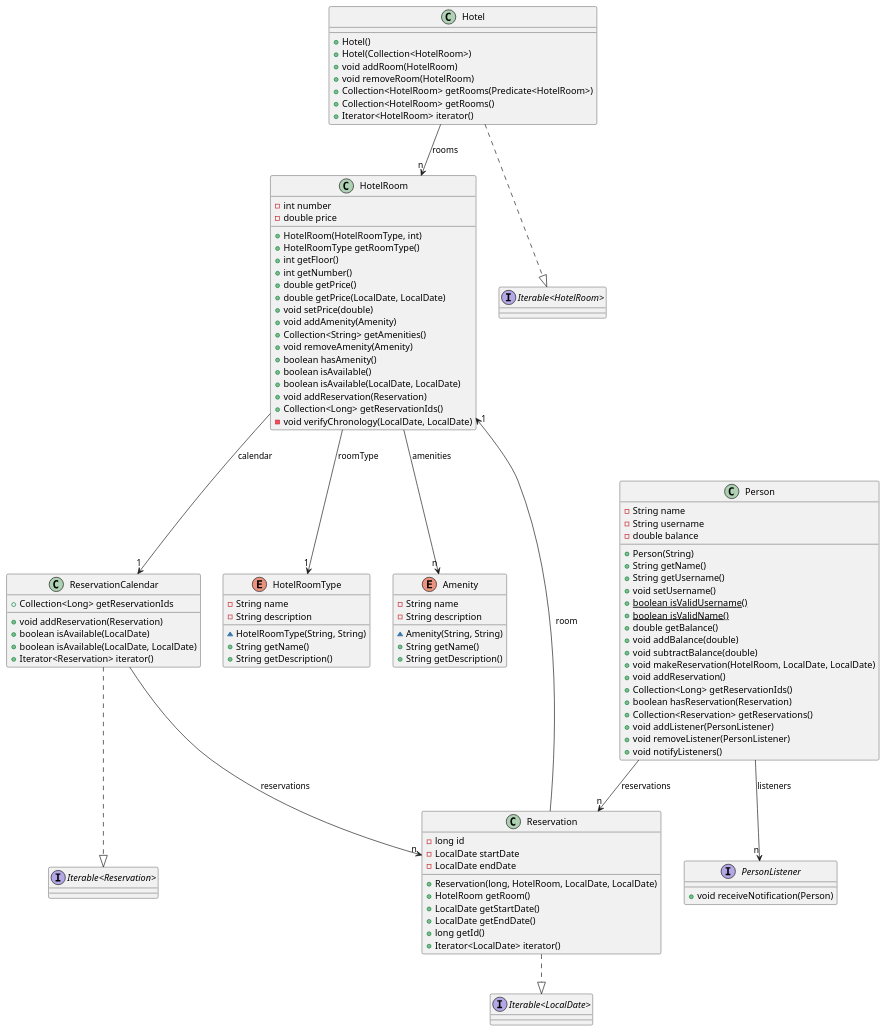
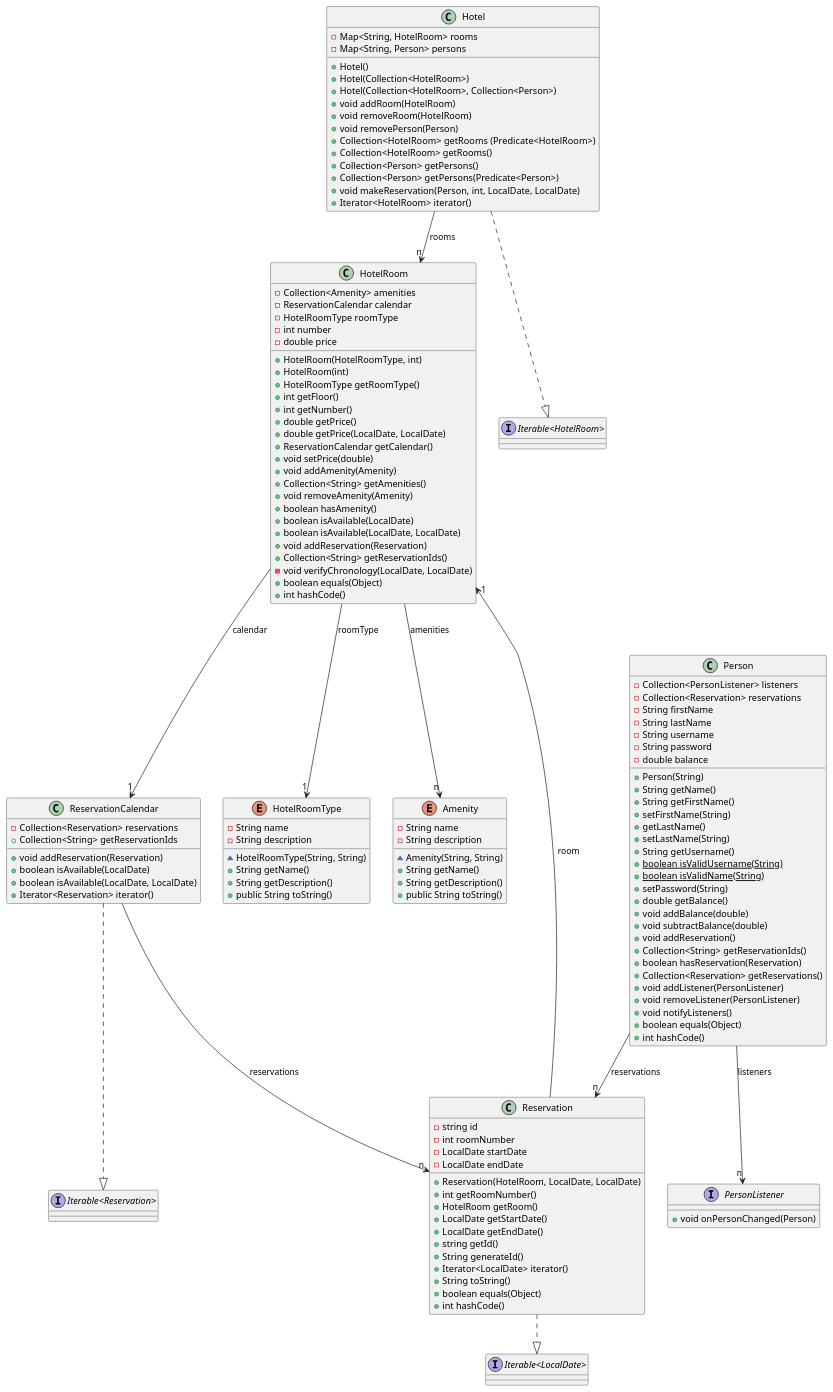
The diagram in docs/modules/core.md (erlendps/IT1901---HotelSys), drawn with PlantUML before and after one commit. The commit also changed 1 other file, not shown here.

Commit message:
#143 Update existing classes in diagram

```diff
--- a/docs/modules/core.md
+++ b/docs/modules/core.md
@@ -3,86 +3,117 @@
 @startuml
 ' defining all the classes in core module
 class Hotel {
-    +Hotel()
-    +Hotel(Collection<HotelRoom>)
-    +void addRoom(HotelRoom)
-    +void removeRoom(HotelRoom)
-    +Collection<HotelRoom> getRooms(Predicate<HotelRoom>)
-    +Collection<HotelRoom> getRooms()
-    +Iterator<HotelRoom> iterator()
+    - Map<String, HotelRoom> rooms
+    - Map<String, Person> persons
+
+    + Hotel()
+    + Hotel(Collection<HotelRoom>)
+    + Hotel(Collection<HotelRoom>, Collection<Person>)
+    + void addRoom(HotelRoom)
+    + void removeRoom(HotelRoom)
+    + void removePerson(Person)
+    + Collection<HotelRoom> getRooms  (Predicate<HotelRoom>)
+    + Collection<HotelRoom> getRooms()
+    + Collection<Person> getPersons()
+    + Collection<Person> getPersons(Predicate<Person>)
+    + void makeReservation(Person, int, LocalDate, LocalDate)
+    + Iterator<HotelRoom> iterator()
 }
 
 class HotelRoom {
+    - Collection<Amenity> amenities 
+    - ReservationCalendar calendar
+    - HotelRoomType roomType
     - int number
     - double price
 
     + HotelRoom(HotelRoomType, int)
+    + HotelRoom(int)
     + HotelRoomType getRoomType()
     + int getFloor()
     + int getNumber()
     + double getPrice()
     + double getPrice(LocalDate, LocalDate)
+    + ReservationCalendar getCalendar()
     + void setPrice(double)
     + void addAmenity(Amenity)
     + Collection<String> getAmenities()
     + void removeAmenity(Amenity)
     + boolean hasAmenity()
-    + boolean isAvailable()
+    + boolean isAvailable(LocalDate)
     + boolean isAvailable(LocalDate, LocalDate)
     + void addReservation(Reservation)
-    + Collection<Long> getReservationIds()
+    + Collection<String> getReservationIds()
     - void verifyChronology(LocalDate, LocalDate)
+    + boolean equals(Object)
+    + int hashCode()
 }
 
 class ReservationCalendar {
+    - Collection<Reservation> reservations
     + void addReservation(Reservation)
-    + Collection<Long> getReservationIds
+    + Collection<String> getReservationIds
     + boolean isAvailable(LocalDate)
     + boolean isAvailable(LocalDate, LocalDate)
     + Iterator<Reservation> iterator()
 }
 
 class Reservation {
-    - long id
+    - string id
+    - int roomNumber
     - LocalDate startDate
     - LocalDate endDate
     
-    + Reservation(long, HotelRoom, LocalDate, LocalDate)
+    + Reservation(HotelRoom, LocalDate, LocalDate)
+    + int getRoomNumber()
     + HotelRoom getRoom()
     + LocalDate getStartDate()
     + LocalDate getEndDate()
-    + long getId()
+    + string getId()
+    + String generateId()
     + Iterator<LocalDate> iterator()
+    + String toString()
+    + boolean equals(Object)
+    + int hashCode() 
 }
 
 class Person {
-    - String name
+    - Collection<PersonListener> listeners
+    - Collection<Reservation> reservations
+    - String firstName
+    - String lastName
     - String username
+    - String password
     - double balance
 
     + Person(String)
     + String getName()
+    + String getFirstName()
+    + setFirstName(String)
+    + getLastName()
+    + setLastName(String)
     + String getUsername()
-    + void setUsername()
-    + {static} boolean isValidUsername()
-    + {static} boolean isValidName()
+    + {static} boolean isValidUsername(String)
+    + {static} boolean isValidName(String)
+    + setPassword(String)
     + double getBalance()
     + void addBalance(double)
     + void subtractBalance(double)
-    + void makeReservation(HotelRoom, LocalDate, LocalDate)
     + void addReservation()
-    + Collection<Long> getReservationIds()
+    + Collection<String> getReservationIds()
     + boolean hasReservation(Reservation)
     + Collection<Reservation> getReservations()
     + void addListener(PersonListener)
     + void removeListener(PersonListener)
     + void notifyListeners()
+    + boolean equals(Object)
+    + int hashCode()
 
 
 }
 
 interface PersonListener {
-    + void receiveNotification(Person)
+    + void onPersonChanged(Person)
 }
 interface "Iterable<Reservation>" {
 }
@@ -99,6 +130,7 @@
     ~ HotelRoomType(String, String)
     + String getName()
     + String getDescription()
+    + public String toString() 
 }
 
 enum Amenity {
@@ -108,6 +140,7 @@
     ~ Amenity(String, String)
     + String getName()
     + String getDescription()
+    + public String toString()
 }
 ' defining the relations
 Hotel --> "n" HotelRoom : rooms
```
